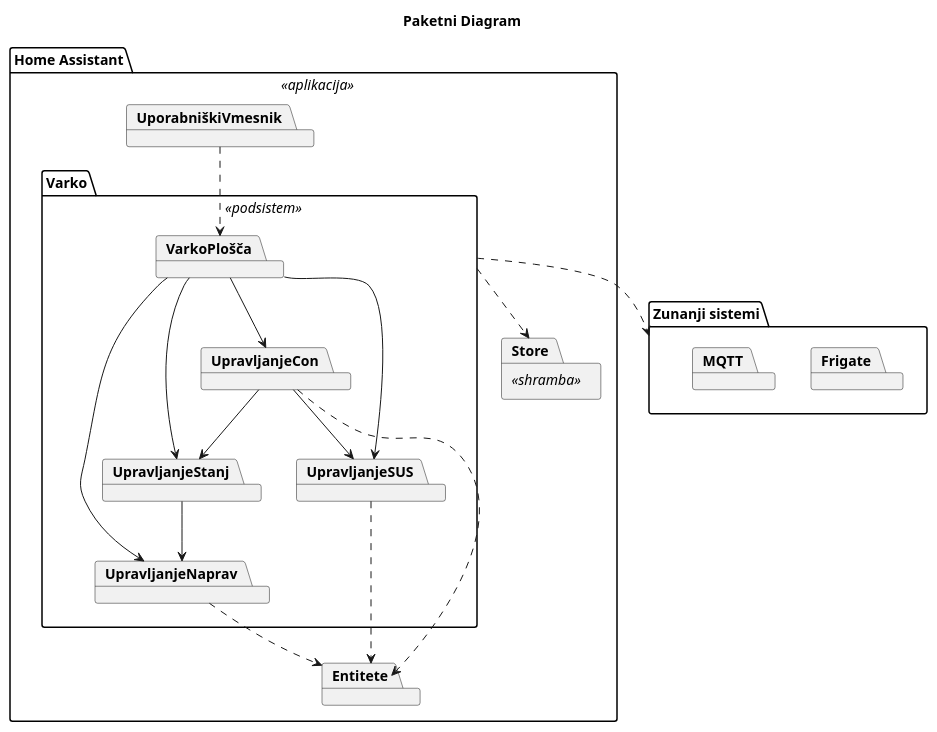
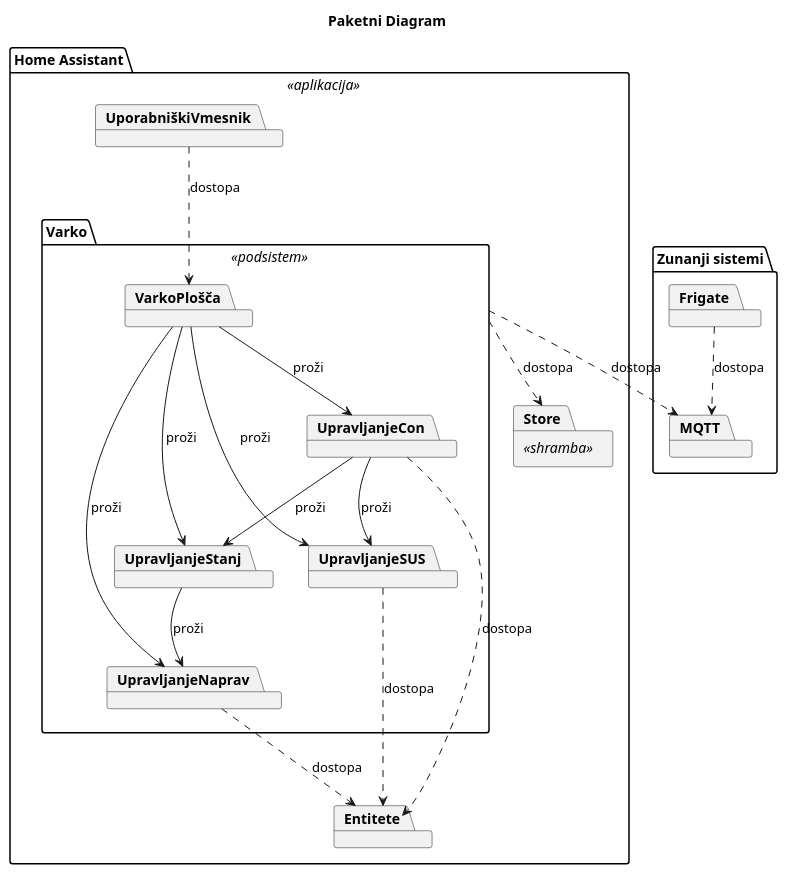
The diagram in docs/gradivo/plantuml/Izvedljiv sistem/paketni-diagram.puml (TPO-2024-2025/Varko), drawn with PlantUML before and after one commit.

Commit message:
dodana imena povezav in logika med mqtt in frigate

```diff
--- a/docs/gradivo/plantuml/Izvedljiv sistem/paketni-diagram.puml
+++ b/docs/gradivo/plantuml/Izvedljiv sistem/paketni-diagram.puml
@@ -1,38 +1,39 @@
 @startuml
 title Paketni Diagram
 
 package "Home Assistant" <<aplikacija>> {
 
     package "UporabniškiVmesnik"
     package "Store" <<shramba>>
     package "Entitete"
 
     package "Varko" <<podsistem>> {
         package "VarkoPlošča"
         package "UpravljanjeNaprav"
         package "UpravljanjeCon"
         package "UpravljanjeSUS"
         package "UpravljanjeStanj"
     }
 
 }
 
 package "Zunanji sistemi" {
      package "Frigate"
      package "MQTT"
 }
 
-UporabniškiVmesnik .-> VarkoPlošča
-Varko .-> "Zunanji sistemi"
-UpravljanjeStanj --> UpravljanjeNaprav
-UpravljanjeCon --> UpravljanjeStanj
-UpravljanjeCon --> UpravljanjeSUS
-VarkoPlošča --> UpravljanjeNaprav
-VarkoPlošča --> UpravljanjeCon
-VarkoPlošča --> UpravljanjeSUS
-VarkoPlošča --> UpravljanjeStanj
-UpravljanjeNaprav .-> Entitete
-UpravljanjeSUS .-> Entitete
-UpravljanjeCon .-> Entitete
-Varko .-> Store
+UporabniškiVmesnik .-> VarkoPlošča : "dostopa"
+Varko .-> MQTT : "dostopa"
+Frigate .-> MQTT : "dostopa"
+UpravljanjeStanj --> UpravljanjeNaprav : "proži"
+UpravljanjeCon --> UpravljanjeStanj : "proži"
+UpravljanjeCon --> UpravljanjeSUS : "proži"
+VarkoPlošča --> UpravljanjeNaprav : "proži"
+VarkoPlošča --> UpravljanjeCon : "proži"
+VarkoPlošča --> UpravljanjeSUS : "proži"
+VarkoPlošča --> UpravljanjeStanj : "proži"
+UpravljanjeNaprav .-> Entitete : "dostopa"
+UpravljanjeSUS .-> Entitete : "dostopa"
+UpravljanjeCon .-> Entitete : "dostopa"
+Varko .-> Store : "dostopa"
 @enduml
```
